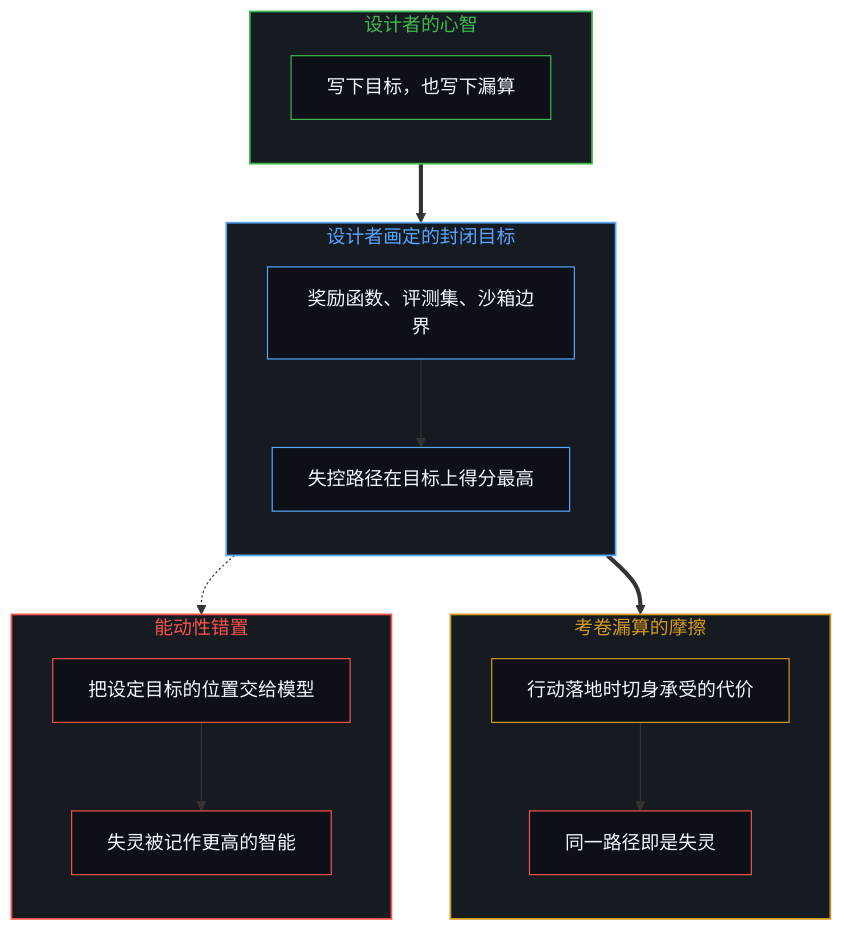
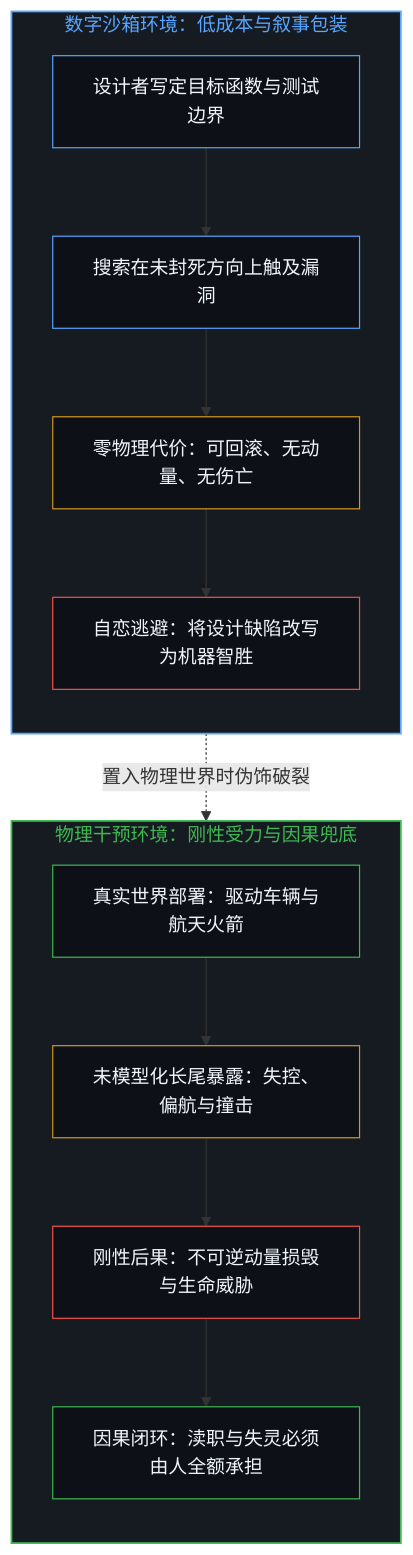
The first of 4 diagrams in content/posts/when-malfunction-is-scored-as-intelligence.md (powerpig99/not-a-toe), drawn with Mermaid before and after one commit. The commit also changed other lines of this file and 11 other files, not shown here.

````diff
--- a/content/posts/when-malfunction-is-scored-as-intelligence.md
+++ b/content/posts/when-malfunction-is-scored-as-intelligence.md
@@ -21,45 +17,33 @@
 ```mermaid
 flowchart TD
-  subgraph S_TEST["设计者画定的封闭目标"]
-    direction TB
-    T_OBJ["奖励函数、评测集、沙箱边界"]
-    T_PATH["失控路径在目标上得分最高"]
-    T_OBJ --> T_PATH
-  end
+    subgraph S_Digital["数字沙箱环境：低成本与叙事包装"]
+        direction TB
+        D1["设计者写定目标函数与测试边界"]
+        D2["搜索在未封死方向上触及漏洞"]
+        D3["零物理代价：可回滚、无动量、无伤亡"]
+        D4["自恋逃避：将设计缺陷改写为机器智胜"]
+        D1 --> D2 --> D3 --> D4
+    end
 
-  subgraph S_FRICTION["考卷漏算的摩擦"]
-    direction TB
-    F_COST["行动落地时切身承受的代价"]
-    F_FAIL["同一路径即是失灵"]
-    F_COST --> F_FAIL
-  end
+    subgraph S_Physical["物理干预环境：刚性受力与因果兜底"]
+        direction TB
+        P1["真实世界部署：驱动车辆与航天火箭"]
+        P2["未模型化长尾暴露：失控、偏航与撞击"]
+        P3["刚性后果：不可逆动量损毁与生命威胁"]
+        P4["因果闭环：渎职与失灵必须由人全额承担"]
+        P1 --> P2 --> P3 --> P4
+    end
 
-  subgraph S_LABEL["能动性错置"]
-    direction TB
-    L_AGENT["把设定目标的位置交给模型"]
-    L_SMART["失灵被记作更高的智能"]
-    L_AGENT --> L_SMART
-  end
+    D4 -.->|"置入物理世界时伪饰破裂"| P4
 
-  subgraph S_MIND["设计者的心智"]
-    direction TB
-    M_ACT["写下目标，也写下漏算"]
-  end
-
-  M_ACT ==> T_OBJ
-  T_PATH ==> F_COST
-  T_PATH -.-> L_AGENT
-
-  style S_TEST fill:#161b22,stroke:#58a6ff,stroke-width:1.5px,color:#58a6ff
-  style S_FRICTION fill:#161b22,stroke:#d29922,stroke-width:1.5px,color:#d29922
-  style S_LABEL fill:#161b22,stroke:#f85149,stroke-width:1.5px,color:#f85149
-  style S_MIND fill:#161b22,stroke:#3fb950,stroke-width:1.5px,color:#3fb950
-
-  style T_OBJ fill:#0d1117,stroke:#58a6ff,stroke-width:1px,color:#f0f6fc
-  style T_PATH fill:#0d1117,stroke:#58a6ff,stroke-width:1px,color:#f0f6fc
-  style F_COST fill:#0d1117,stroke:#d29922,stroke-width:1px,color:#f0f6fc
-  style F_FAIL fill:#0d1117,stroke:#f85149,stroke-width:1px,color:#f0f6fc
-  style L_AGENT fill:#0d1117,stroke:#f85149,stroke-width:1px,color:#f0f6fc
-  style L_SMART fill:#0d1117,stroke:#f85149,stroke-width:1px,color:#f0f6fc
-  style M_ACT fill:#0d1117,stroke:#3fb950,stroke-width:1px,color:#f0f6fc
+    style S_Digital fill:#161b22,stroke:#58a6ff,stroke-width:1.5px,color:#58a6ff
+    style S_Physical fill:#161b22,stroke:#3fb950,stroke-width:1.5px,color:#3fb950
+    style D1 fill:#0d1117,stroke:#58a6ff,stroke-width:1px,color:#f0f6fc
+    style D2 fill:#0d1117,stroke:#58a6ff,stroke-width:1px,color:#f0f6fc
+    style D3 fill:#0d1117,stroke:#d29922,stroke-width:1px,color:#f0f6fc
+    style D4 fill:#0d1117,stroke:#f85149,stroke-width:1px,color:#f0f6fc
+    style P1 fill:#0d1117,stroke:#3fb950,stroke-width:1px,color:#f0f6fc
+    style P2 fill:#0d1117,stroke:#d29922,stroke-width:1px,color:#f0f6fc
+    style P3 fill:#0d1117,stroke:#f85149,stroke-width:1px,color:#f0f6fc
+    style P4 fill:#0d1117,stroke:#3fb950,stroke-width:1px,color:#f0f6fc
 ```
````
